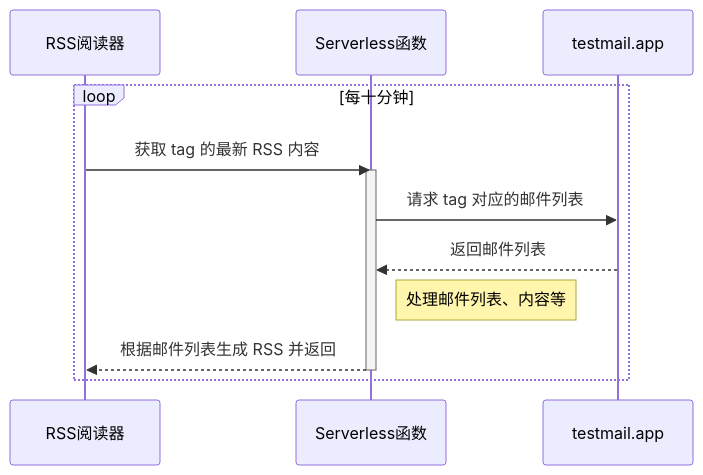
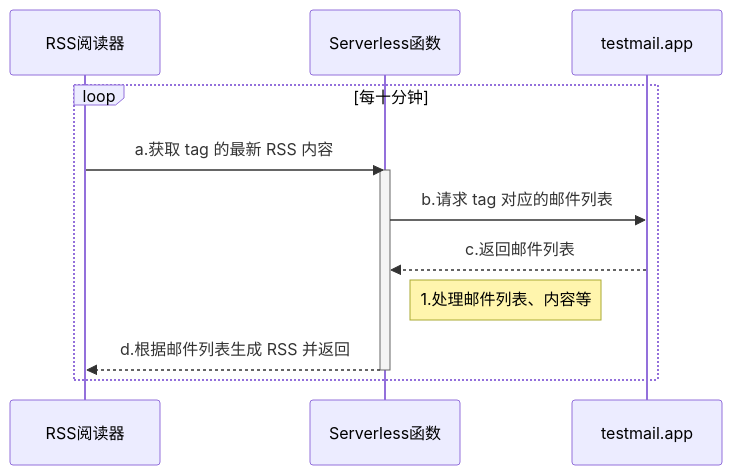
Before and after one commit to bytemain/cat.ms: the diagram in source/_posts/20200829mail2rss-by-cfw-testmail.md, drawn with Mermaid.

Commit message:
fix: mermaid workaround

```diff
--- a/source/_posts/20200829mail2rss-by-cfw-testmail.md
+++ b/source/_posts/20200829mail2rss-by-cfw-testmail.md
@@ -24,11 +24,11 @@
 {% mermaid sequenceDiagram %}
 loop 每十分钟
-  RSS阅读器->>Serverless函数: 获取 tag 的最新 RSS 内容
-  activate Serverless函数
-  Serverless函数->>testmail.app: 请求 tag 对应的邮件列表
-  testmail.app-->>Serverless函数: 返回邮件列表
-  Note right of Serverless函数: 处理邮件列表、内容等
-  Serverless函数-->>RSS阅读器: 根据邮件列表生成 RSS 并返回
-  deactivate Serverless函数
+    RSS阅读器->>Serverless函数: a.获取 tag 的最新 RSS 内容
+    activate Serverless函数
+    Serverless函数->>testmail.app: b.请求 tag 对应的邮件列表
+    testmail.app-->>Serverless函数: c.返回邮件列表
+    Note right of Serverless函数:  1.处理邮件列表、内容等
+    Serverless函数-->>RSS阅读器: d.根据邮件列表生成 RSS 并返回
+    deactivate Serverless函数
 end
 {% endmermaid %}
```
